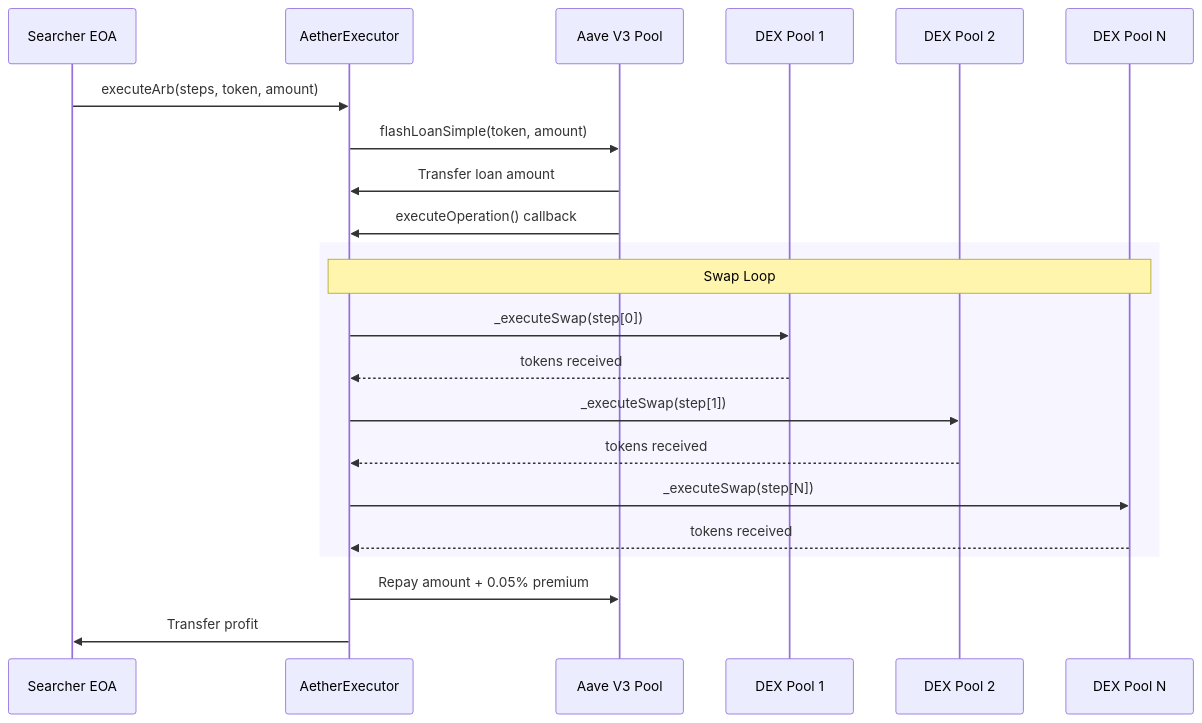
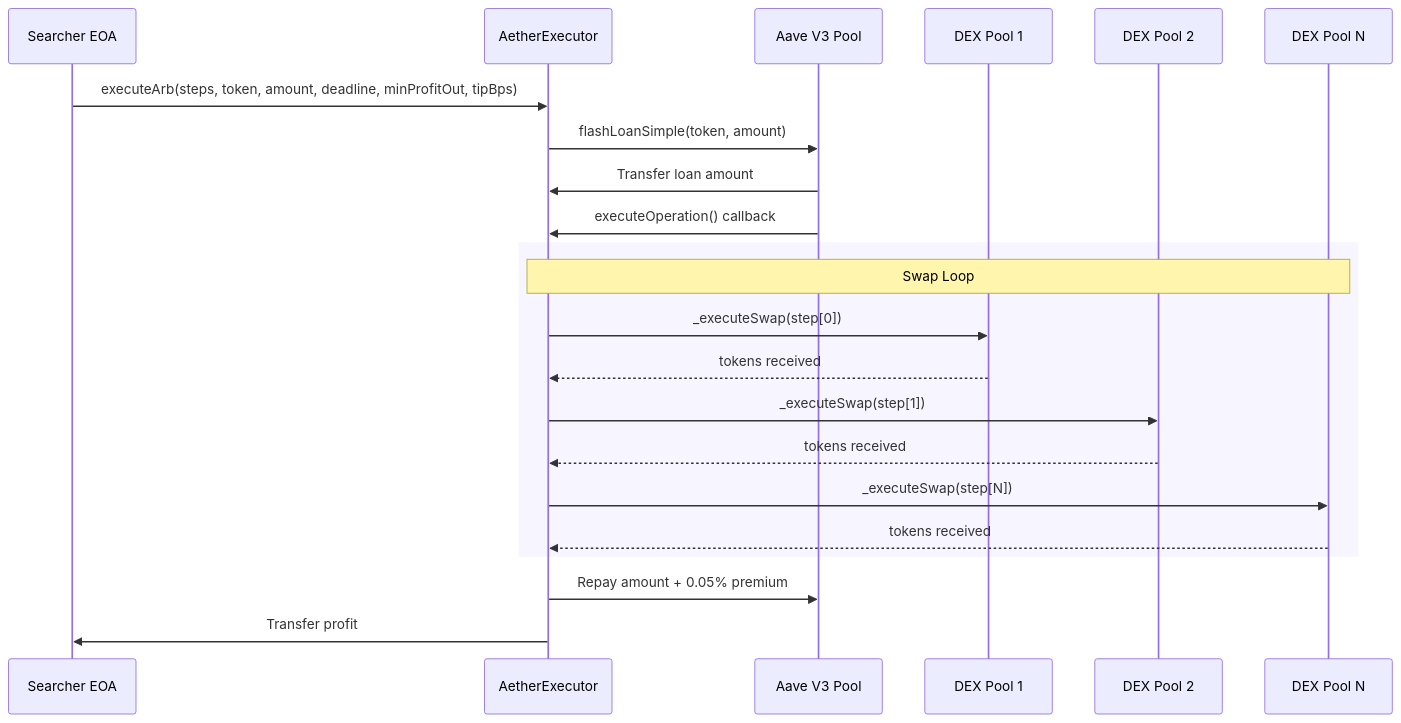
One commit to Pablosinyores/aether changed the diagram in docs-site/architecture/smart-contract.md. Above: the diagram before and after it, drawn with Mermaid. The commit also changed other lines of this file and 9 other files, not shown here.

````diff
--- a/docs-site/architecture/smart-contract.md
+++ b/docs-site/architecture/smart-contract.md
@@ -13,27 +13,27 @@
 ```mermaid
 sequenceDiagram
     participant EOA as Searcher EOA
     participant EX as AetherExecutor
     participant AAVE as Aave V3 Pool
     participant DEX1 as DEX Pool 1
     participant DEX2 as DEX Pool 2
     participant DEXN as DEX Pool N
 
-    EOA->>EX: executeArb(steps, token, amount)
+    EOA->>EX: executeArb(steps, token, amount, deadline, minProfitOut, tipBps)
     EX->>AAVE: flashLoanSimple(token, amount)
     AAVE->>EX: Transfer loan amount
     AAVE->>EX: executeOperation() callback
 
     rect rgba(149, 128, 255, 0.08)
         Note over EX,DEXN: Swap Loop
         EX->>DEX1: _executeSwap(step[0])
         DEX1-->>EX: tokens received
         EX->>DEX2: _executeSwap(step[1])
         DEX2-->>EX: tokens received
         EX->>DEXN: _executeSwap(step[N])
         DEXN-->>EX: tokens received
     end
 
     EX->>AAVE: Repay amount + 0.05% premium
     EX->>EOA: Transfer profit
 ```
````
